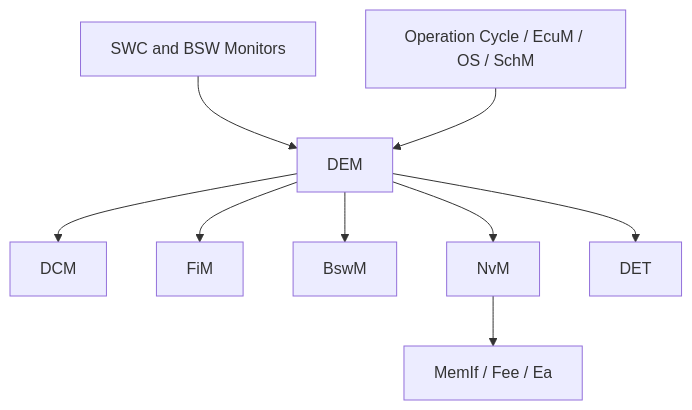
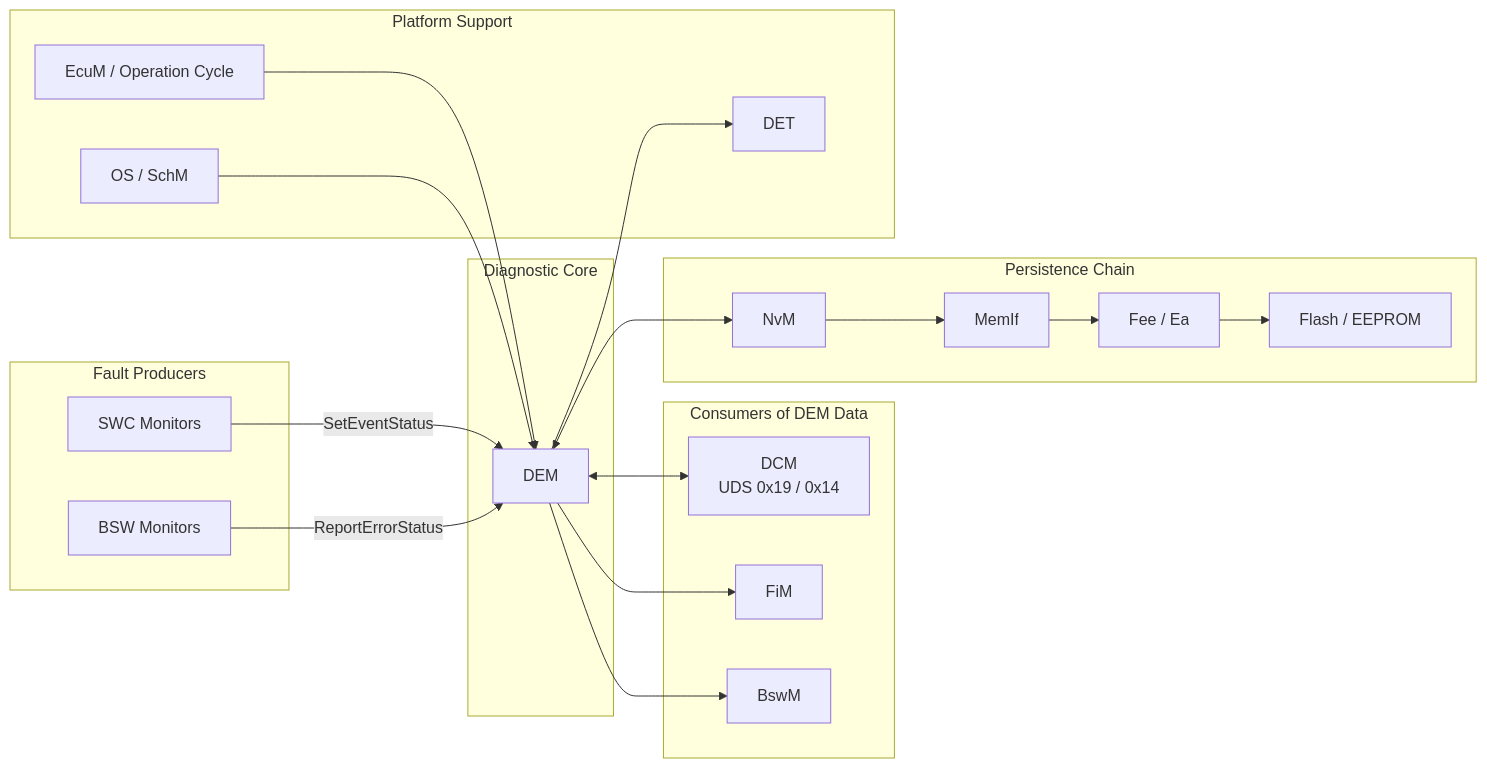
Before and after one commit to HoangPhuc02/Unified_Diagnostic_Services: diagram 15 of 15 in modules/01-dem/content.md, drawn with Mermaid. The commit also changed other lines of this file and 7 other files, not shown here.

````diff
--- a/modules/01-dem/content.md
+++ b/modules/01-dem/content.md
@@ -680,11 +1101,41 @@
 ```mermaid
-flowchart TD
-	 MON[SWC and BSW Monitors] --> DEM[DEM]
-	 DEM --> DCM[DCM]
-	 DEM --> FIM[FiM]
-	 DEM --> BSWM[BswM]
-	 DEM --> NVM[NvM]
-	 NVM --> MEM[MemIf / Fee / Ea]
-	 SYS[Operation Cycle / EcuM / OS / SchM] --> DEM
-	 DEM --> DET[DET]
+flowchart LR
+	subgraph Producers[Fault Producers]
+		SWC[SWC Monitors]
+		BSW[BSW Monitors]
+	end
+
+	subgraph Core[Diagnostic Core]
+		DEM[DEM]
+	end
+
+	subgraph Consumers[Consumers of DEM Data]
+		DCM[DCM<br/>UDS 0x19 / 0x14]
+		FIM[FiM]
+		BSWM[BswM]
+	end
+
+	subgraph Persistence[Persistence Chain]
+		NVM[NvM]
+		MEMIF[MemIf]
+		FEE[Fee / Ea]
+		FLS[Flash / EEPROM]
+	end
+
+	subgraph Platform[Platform Support]
+		ECUM[EcuM / Operation Cycle]
+		OS[OS / SchM]
+		DET[DET]
+	end
+
+	SWC -->|SetEventStatus| DEM
+	BSW -->|ReportErrorStatus| DEM
+	DEM <--> DCM
+	DEM --> FIM
+	DEM --> BSWM
+	DEM <--> NVM
+	NVM --> MEMIF --> FEE --> FLS
+	ECUM --> DEM
+	OS --> DEM
+	DEM --> DET
 ```
````
